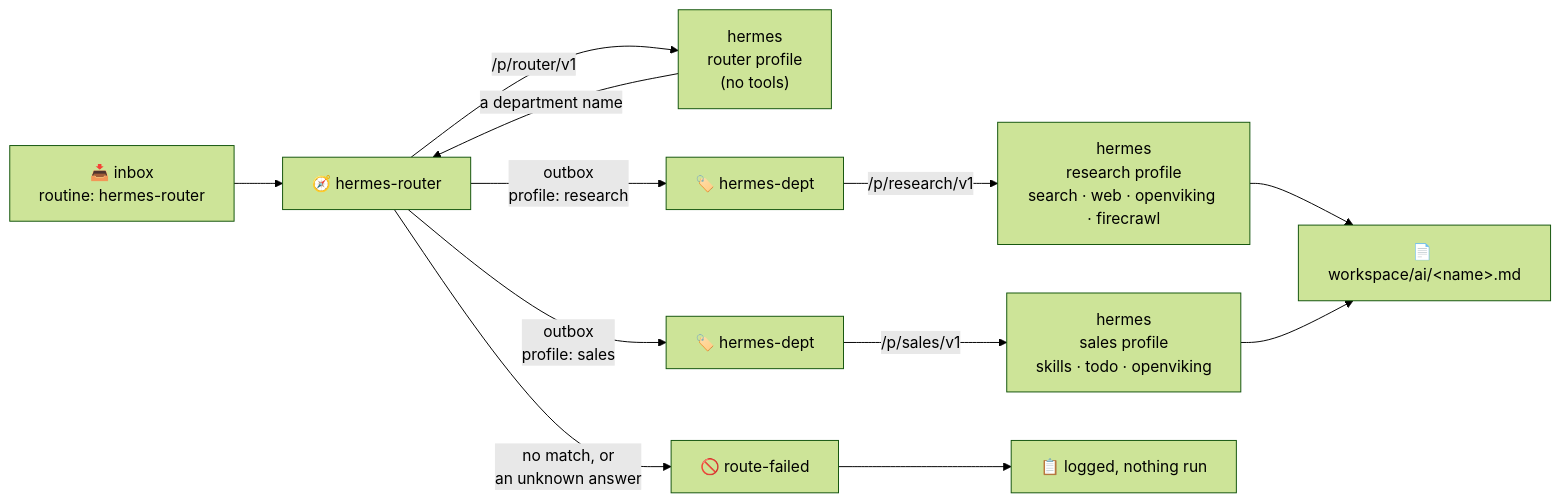
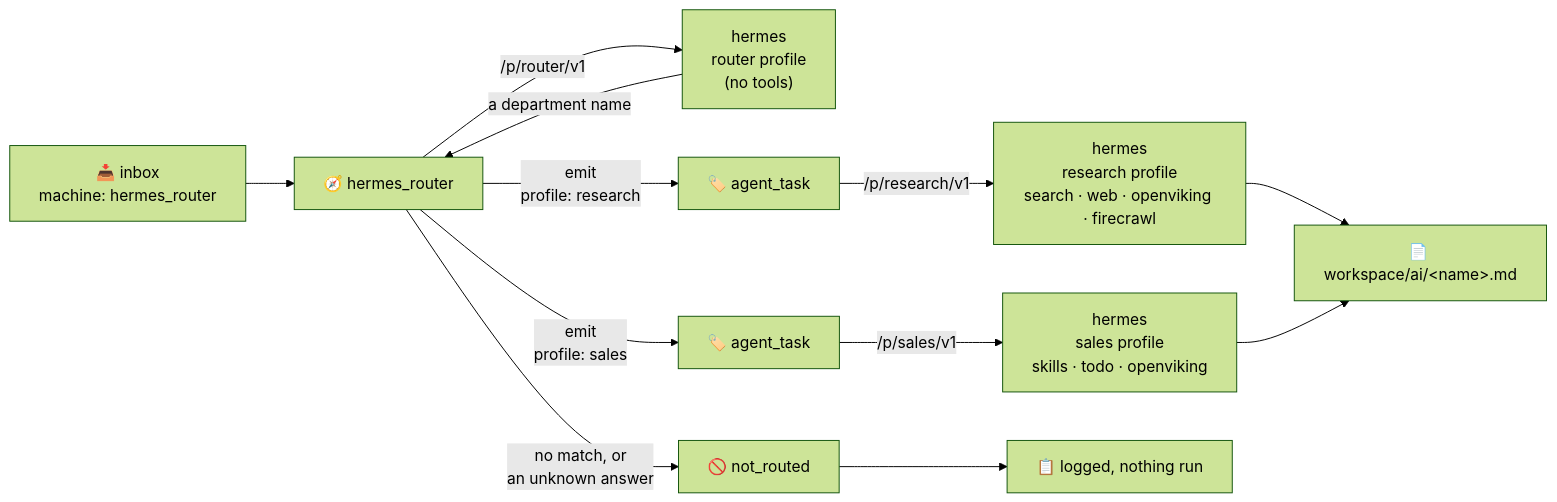
Before and after one commit to jtmckay/existential: the diagram in site/docs/decree/routing.md, drawn with Mermaid (forest theme). The commit also changed other lines of this file and 108 other files, not shown here.

````diff
--- a/site/docs/decree/routing.md
+++ b/site/docs/decree/routing.md
@@ -20,14 +20,14 @@
 ```mermaid
 flowchart LR
-    A["📥 inbox\nroutine: hermes-router"] --> B["🧭 hermes-router"]
+    A["📥 inbox\nmachine: hermes_router"] --> B["🧭 hermes_router"]
     B -->|/p/router/v1| C["hermes\nrouter profile\n(no tools)"]
     C -->|"a department name"| B
-    B -->|"outbox\nprofile: research"| D["🏷️ hermes-dept"]
-    B -->|"outbox\nprofile: sales"| E["🏷️ hermes-dept"]
-    B -->|"no match, or\nan unknown answer"| F["🚫 route-failed"]
+    B -->|"emit\nprofile: research"| D["🏷️ agent_task"]
+    B -->|"emit\nprofile: sales"| E["🏷️ agent_task"]
+    B -->|"no match, or\nan unknown answer"| F["🚫 not_routed"]
     D -->|/p/research/v1| G["hermes\nresearch profile\nsearch · web · openviking · firecrawl"]
     E -->|/p/sales/v1| H["hermes\nsales profile\nskills · todo · openviking"]
     G --> I["📄 workspace/ai/&lt;name&gt;.md"]
     H --> I
     F --> J["📋 logged, nothing run"]
 ```
````
